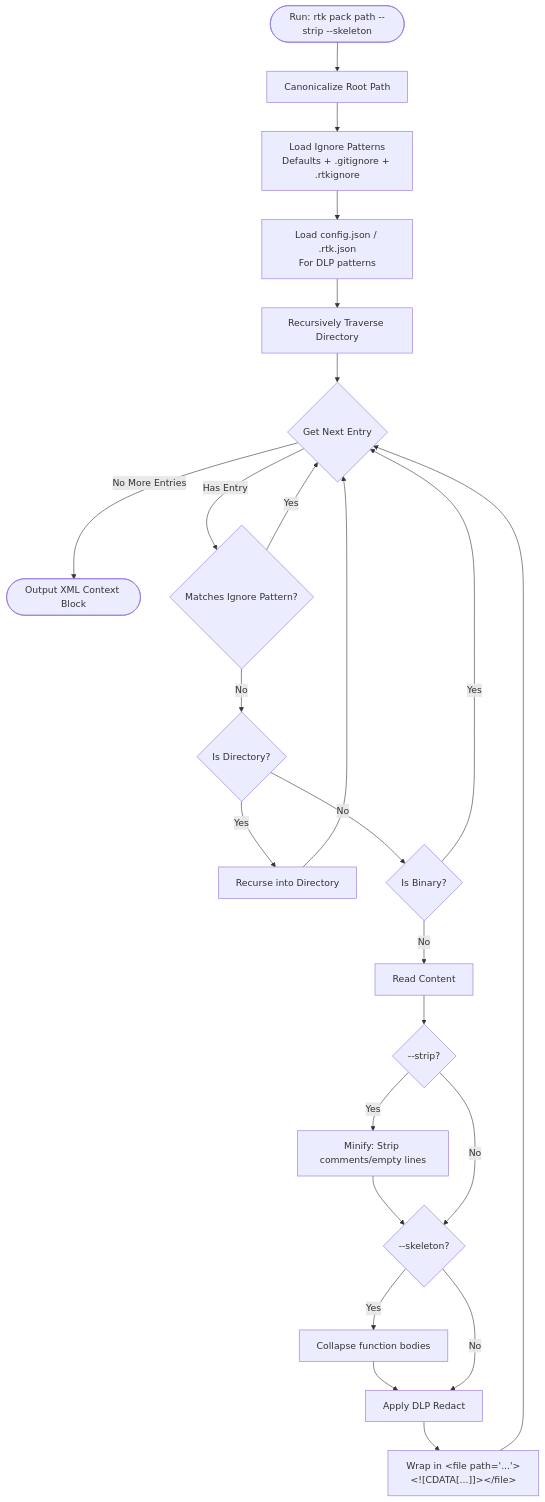
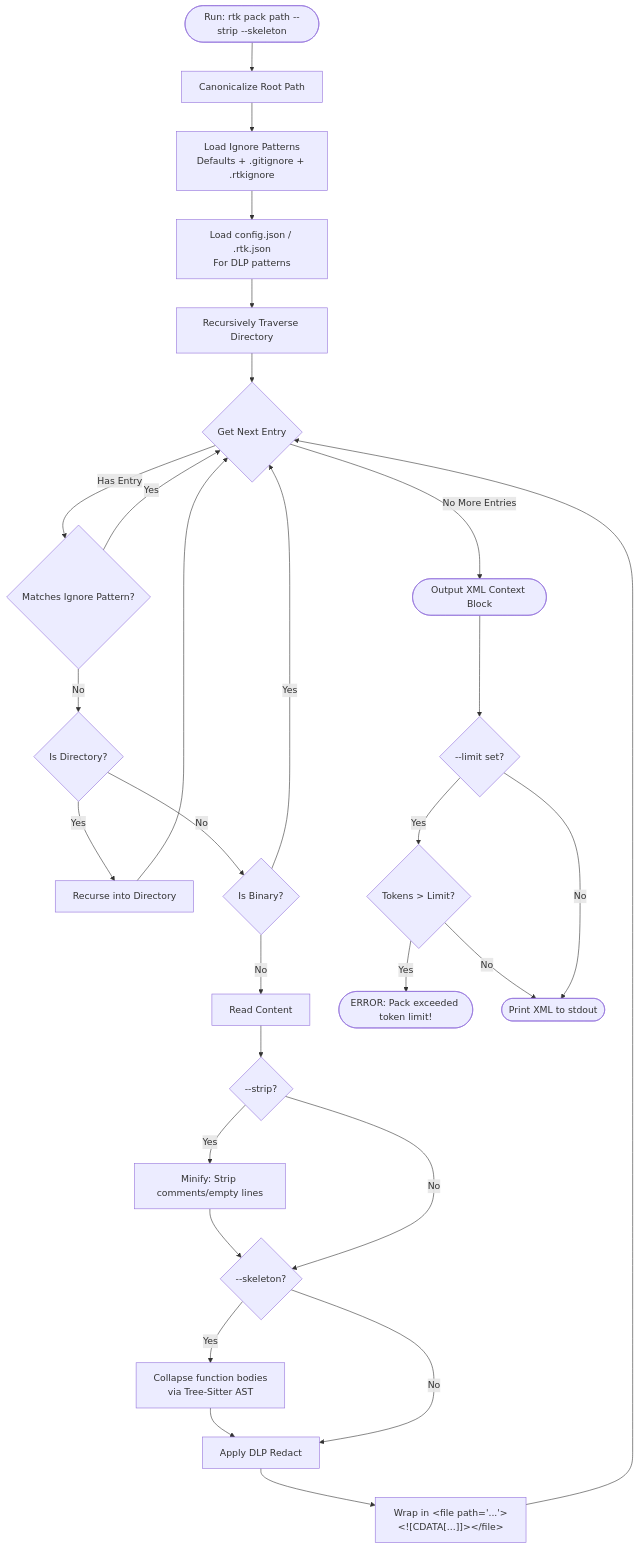
Before and after one commit to andreafinazziinfo/ai-token-saver: the second of 2 diagrams in README.md, drawn with Mermaid. The commit also changed other lines of this file, not shown here.

First line of the commit message:
docs: audit README - fix stats, add all 15 wrappers, update Mermaid diagrams with 3 phases

````diff
--- a/README.md
+++ b/README.md
@@ -172,27 +205,33 @@
 ```mermaid
 graph TD
     Start([Run: rtk pack path --strip --skeleton]) --> Canonical[Canonicalize Root Path]
     Canonical --> LoadIgnores[Load Ignore Patterns<br>Defaults + .gitignore + .rtkignore]
     LoadIgnores --> LoadConfig[Load config.json / .rtk.json<br>For DLP patterns]
     LoadConfig --> StartRecurse[Recursively Traverse Directory]
     StartRecurse --> NextEntry{Get Next Entry}
     
     NextEntry -- No More Entries --> End([Output XML Context Block])
     NextEntry -- Has Entry --> CheckIgnore{Matches Ignore Pattern?}
     CheckIgnore -- Yes --> NextEntry
     CheckIgnore -- No --> IsDirectory{Is Directory?}
     
     IsDirectory -- Yes --> RecurseDir[Recurse into Directory] --> NextEntry
     IsDirectory -- No --> IsBinary{Is Binary?}
     IsBinary -- Yes --> NextEntry
     
     IsBinary -- No --> ReadFile[Read Content] --> CheckStrip{--strip?}
     CheckStrip -- Yes --> Minify[Minify: Strip comments/empty lines] --> CheckSkeleton
     CheckStrip -- No --> CheckSkeleton{--skeleton?}
     
-    CheckSkeleton -- Yes --> Skeletonize[Collapse function bodies] --> DLPRedact
+    CheckSkeleton -- Yes --> Skeletonize[Collapse function bodies
+    via Tree-Sitter AST] --> DLPRedact
     CheckSkeleton -- No --> DLPRedact[Apply DLP Redact]
     
     DLPRedact --> WrapXML["Wrap in &lt;file path='...'&gt;&lt;![CDATA[...]]&gt;&lt;/file&gt;"]
     WrapXML --> NextEntry
+    End --> CheckLimit{--limit set?}
+    CheckLimit -- Yes --> ValidateLimit{Tokens > Limit?}
+    ValidateLimit -- Yes --> Error([ERROR: Pack exceeded token limit!])
+    ValidateLimit -- No --> Print([Print XML to stdout])
+    CheckLimit -- No --> Print
 ```
````
